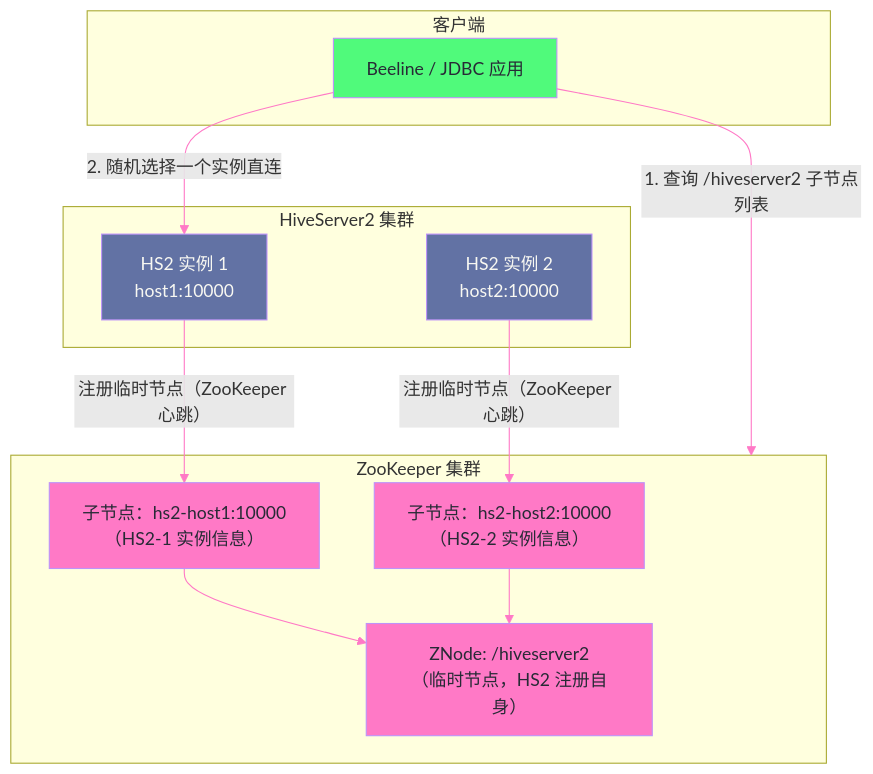
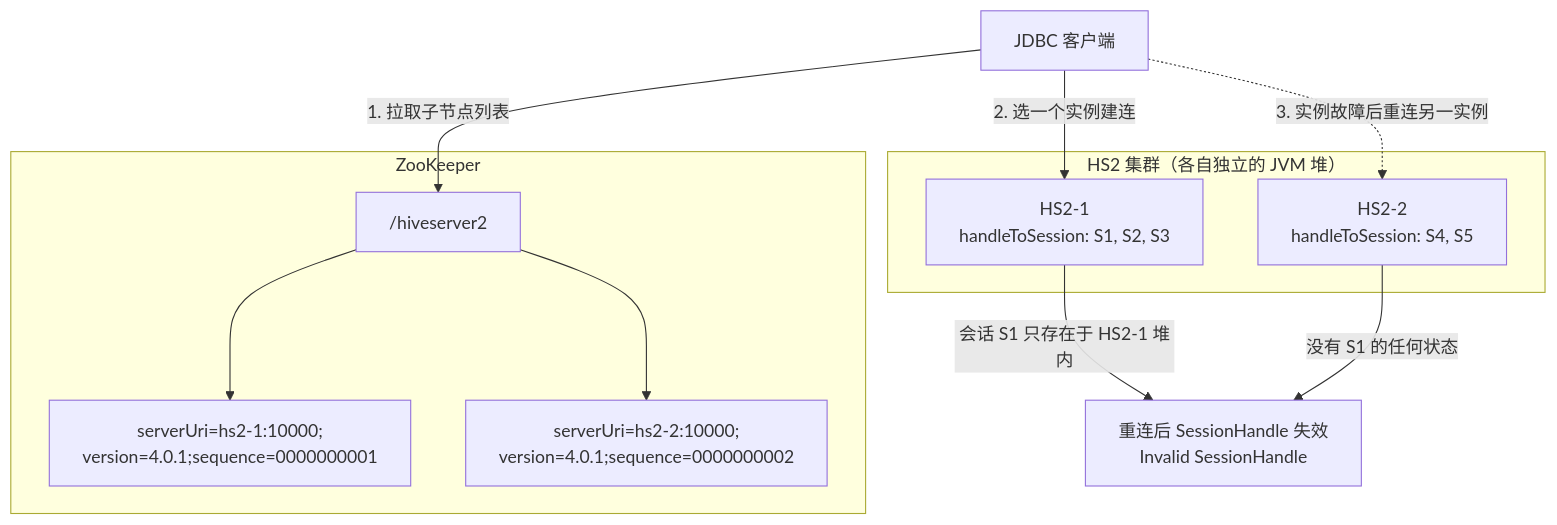
The sixth of 6 diagrams in content/大数据/Hive/01 HiveServer2 架构深度解析：从 Thrift 到 Session 生命周期.md (hpliStartAgain/my-brain), drawn with Mermaid before and after one commit. The commit also changed other lines of this file and 455 other files, not shown here.

````diff
--- a/content/大数据/Hive/01 HiveServer2 架构深度解析：从 Thrift 到 Session 生命周期.md
+++ b/content/大数据/Hive/01 HiveServer2 架构深度解析：从 Thrift 到 Session 生命周期.md
@@ -413,33 +508,20 @@
 ```mermaid
-%%{init: {"theme": "dracula", "themeVariables": {"primaryColor": "#6272a4", "primaryTextColor": "#f8f8f2", "lineColor": "#ff79c6"}}}%%
-graph TD
-    subgraph ZK["ZooKeeper 集群"]
-        ZN["ZNode: /hiveserver2</br>（临时节点，HS2 注册自身）"]
-        ZN1["子节点：hs2-host1:10000</br>（HS2-1 实例信息）"]
-        ZN2["子节点：hs2-host2:10000</br>（HS2-2 实例信息）"]
+%%{init: {'theme': 'dracula'}}%%
+flowchart TD
+    subgraph ZK["ZooKeeper"]
+        ROOT["/hiveserver2"]
+        N1["serverUri=hs2-1:10000;<br/>version=4.0.1;sequence=0000000001"]
+        N2["serverUri=hs2-2:10000;<br/>version=4.0.1;sequence=0000000002"]
     end
-
-    subgraph HS2["HiveServer2 集群"]
-        H1["HS2 实例 1</br>host1:10000"]
-        H2["HS2 实例 2</br>host2:10000"]
+    subgraph HS["HS2 集群（各自独立的 JVM 堆）"]
+        H1["HS2-1<br/>handleToSession: S1, S2, S3"]
+        H2["HS2-2<br/>handleToSession: S4, S5"]
     end
-
-    subgraph CL["客户端"]
-        BL["Beeline / JDBC 应用"]
-    end
-
-    H1 -->|"注册临时节点（ZooKeeper 心跳）"| ZN1
-    H2 -->|"注册临时节点（ZooKeeper 心跳）"| ZN2
-    ZN1 --> ZN
-    ZN2 --> ZN
-
-    BL -->|"1. 查询 /hiveserver2 子节点列表"| ZK
-    BL -->|"2. 随机选择一个实例直连"| H1
-
-    classDef zk fill:#ff79c6,stroke:#bd93f9,color:#282a36
-    classDef hs2 fill:#6272a4,stroke:#bd93f9,color:#f8f8f2
-    classDef cl fill:#50fa7b,stroke:#bd93f9,color:#282a36
-    class ZN,ZN1,ZN2 zk
-    class H1,H2 hs2
-    class BL cl
+    C["JDBC 客户端"] -->|"1. 拉取子节点列表"| ROOT
+    ROOT --> N1
+    ROOT --> N2
+    C -->|"2. 选一个实例建连"| H1
+    C -.->|"3. 实例故障后重连另一实例"| H2
+    H1 -->|"会话 S1 只存在于 HS2-1 堆内"| LOST["重连后 SessionHandle 失效<br/>Invalid SessionHandle"]
+    H2 -->|"没有 S1 的任何状态"| LOST
 ```
````
